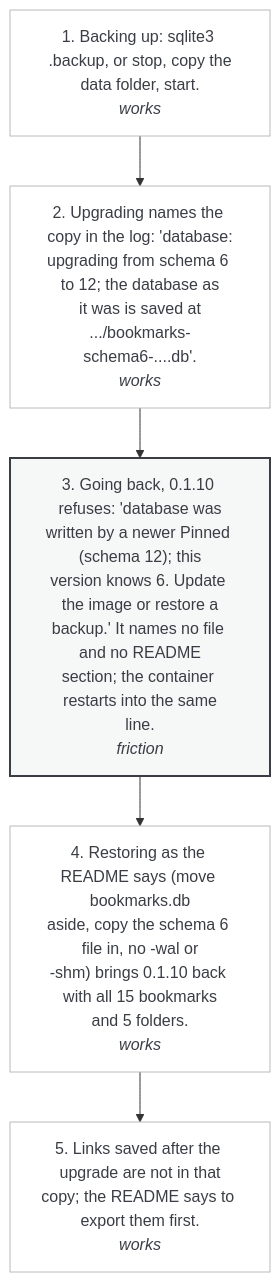
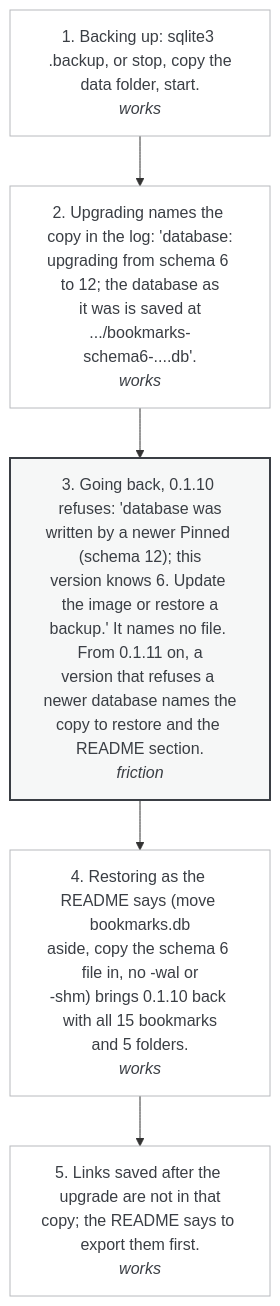
Before and after one commit to pinned-cc/pinned: the diagram in design/wireframes/flows/11-backup-and-going-back-a-version.mmd, drawn with Mermaid. The commit also changed 24 other files, not shown here.

Commit message:
Wireframes: the flows describe 0.1.12, step texts and verdicts from the flow test of 04.11 and the 0.1.12 build; the lock note, What's new, the extension's http warning and the phone head when the server is down drawn as they are; build.py no longer rewrites the record of 31.10

```diff
--- a/design/wireframes/flows/11-backup-and-going-back-a-version.mmd
+++ b/design/wireframes/flows/11-backup-and-going-back-a-version.mmd
@@ -1,13 +1,13 @@
 flowchart TD
   classDef works fill:#ffffff,stroke:#b8babe,color:#3a3e44;
   classDef friction fill:#f6f7f7,stroke:#3a3e44,stroke-width:2px,color:#3a3e44;
   classDef broken fill:#ffffff,stroke:#c4362b,stroke-width:2px,color:#c4362b;
   S1["1. Backing up: sqlite3 .backup, or stop, copy the<br/>data folder, start.<br/><i>works</i>"]:::works
   S2["2. Upgrading names the copy in the log: 'database:<br/>upgrading from schema 6 to 12; the database as<br/>it was is saved at<br/>.../bookmarks-schema6-....db'.<br/><i>works</i>"]:::works
-  S3["3. Going back, 0.1.10 refuses: 'database was<br/>written by a newer Pinned (schema 12); this<br/>version knows 6. Update the image or restore a<br/>backup.' It names no file and no README<br/>section; the container restarts into the same<br/>line.<br/><i>friction</i>"]:::friction
+  S3["3. Going back, 0.1.10 refuses: 'database was<br/>written by a newer Pinned (schema 12); this<br/>version knows 6. Update the image or restore a<br/>backup.' It names no file. From 0.1.11 on, a<br/>version that refuses a newer database names the<br/>copy to restore and the README section.<br/><i>friction</i>"]:::friction
   S4["4. Restoring as the README says (move bookmarks.db<br/>aside, copy the schema 6 file in, no -wal or<br/>-shm) brings 0.1.10 back with all 15 bookmarks<br/>and 5 folders.<br/><i>works</i>"]:::works
   S5["5. Links saved after the upgrade are not in that<br/>copy; the README says to export them first.<br/><i>works</i>"]:::works
   S1 --> S2
   S2 --> S3
   S3 --> S4
   S4 --> S5
```
